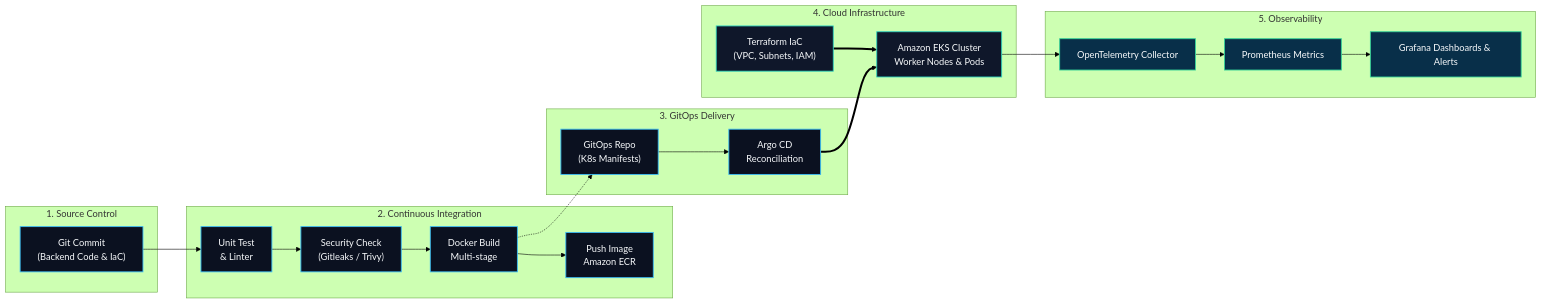
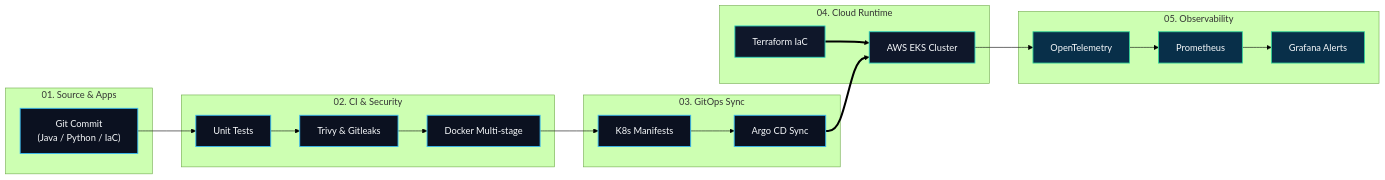
Before and after one commit to tiendat2712/tiendat2712: the diagram in README.md, drawn with Mermaid (forest theme). The commit also changed other lines of this file and 8 other files, not shown here.

````diff
--- a/README.md
+++ b/README.md
@@ -207,45 +159,41 @@
 ```mermaid
 flowchart LR
-    subgraph SCM["1. Source Control"]
-        Commit["Git Commit\n(Backend Code & IaC)"]
+    subgraph SCM["01. Source & Apps"]
+        Commit["Git Commit\n(Java / Python / IaC)"]
     end
 
-    subgraph CI["2. Continuous Integration"]
-        Lint["Unit Test\n& Linter"]
-        Sec["Security Check\n(Gitleaks / Trivy)"]
-        Build["Docker Build\nMulti-stage"]
-        ECR["Push Image\nAmazon ECR"]
+    subgraph CI["02. CI & Security"]
+        Lint["Unit Tests"]
+        Sec["Trivy & Gitleaks"]
+        Build["Docker Multi-stage"]
     end
 
-    subgraph CD["3. GitOps Delivery"]
-        GitOpsRepo["GitOps Repo\n(K8s Manifests)"]
-        Argo["Argo CD\nReconciliation"]
+    subgraph CD["03. GitOps Sync"]
+        GitOpsRepo["K8s Manifests"]
+        Argo["Argo CD Sync"]
     end
 
-    subgraph Runtime["4. Cloud Infrastructure"]
-        TF["Terraform IaC\n(VPC, Subnets, IAM)"]
-        EKS["Amazon EKS Cluster\nWorker Nodes & Pods"]
+    subgraph Runtime["04. Cloud Runtime"]
+        TF["Terraform IaC"]
+        EKS["AWS EKS Cluster"]
     end
 
-    subgraph Obs["5. Observability"]
-        OTel["OpenTelemetry Collector"]
-        Prom["Prometheus Metrics"]
-        Graf["Grafana Dashboards & Alerts"]
+    subgraph Obs["05. Observability"]
+        OTel["OpenTelemetry"]
+        Prom["Prometheus"]
+        Graf["Grafana Alerts"]
     end
 
-    Commit --> Lint --> Sec --> Build --> ECR
-    Build -.-> GitOpsRepo
-    GitOpsRepo --> Argo
+    Commit --> Lint --> Sec --> Build --> GitOpsRepo --> Argo
     TF ==> EKS
     Argo ==> EKS
-    EKS --> OTel
-    OTel --> Prom --> Graf
+    EKS --> OTel --> Prom --> Graf
 
     classDef darkBox fill:#0b1120,stroke:#38bdf8,stroke-width:1.5px,color:#f8fafc;
     classDef runtimeBox fill:#0f172a,stroke:#2dd4bf,stroke-width:1.5px,color:#f8fafc;
     classDef obsBox fill:#082f49,stroke:#34d399,stroke-width:1.5px,color:#f8fafc;
 
-    class Commit,Lint,Sec,Build,ECR,GitOpsRepo,Argo darkBox;
+    class Commit,Lint,Sec,Build,GitOpsRepo,Argo darkBox;
     class TF,EKS runtimeBox;
     class OTel,Prom,Graf obsBox;
 ```
````
